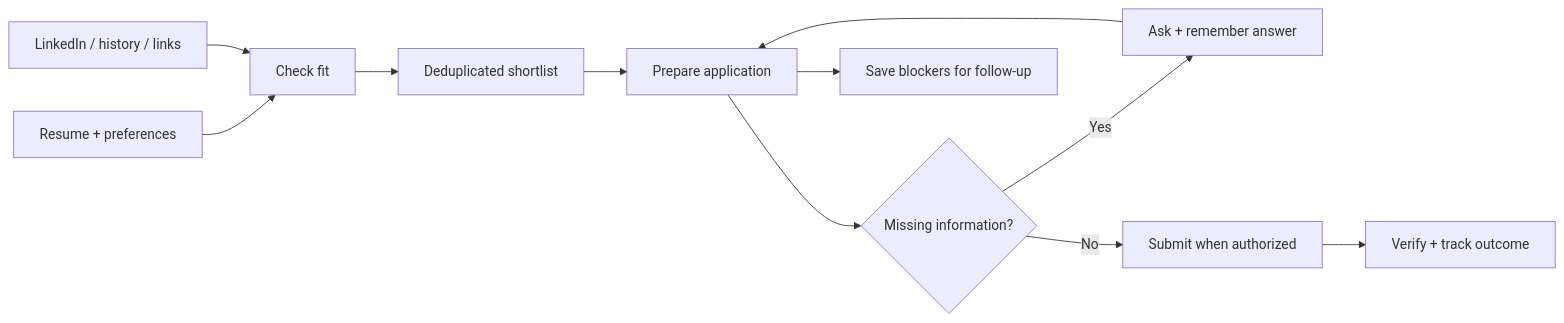
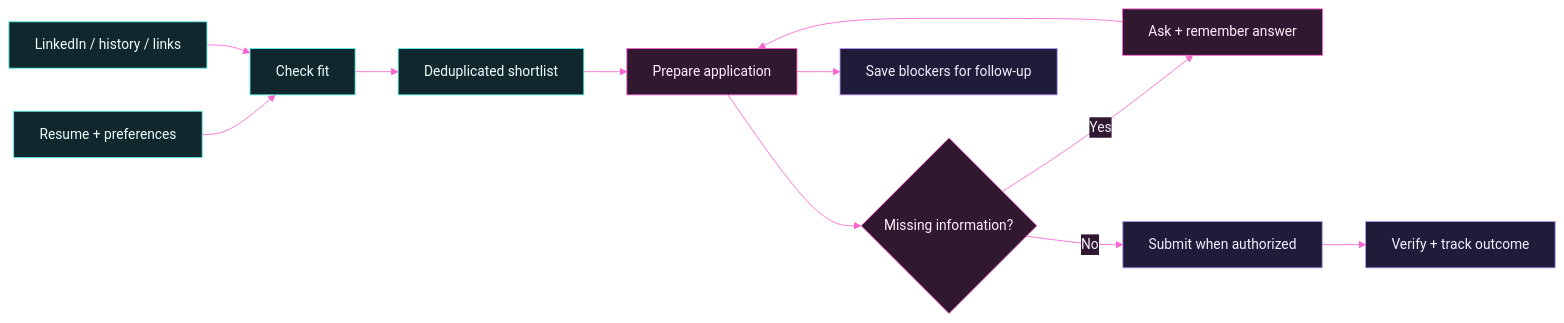
Before and after one commit to prakhar083/job-application-assistant: the diagram in README.md, drawn with Mermaid. The commit also changed other lines of this file, not shown here.

First line of the commit message:
Give README a neon cyberpunk anime theme

````diff
--- a/README.md
+++ b/README.md
@@ -107,13 +118,20 @@
 ```mermaid
+%%{init: {"theme":"base","themeVariables":{"primaryColor":"#17142d","primaryTextColor":"#f5efff","primaryBorderColor":"#5ef8ee","lineColor":"#fa65d0","secondaryColor":"#301831","tertiaryColor":"#111628","fontFamily":"monospace"}}}%%
 flowchart LR
     A[Resume + preferences] --> C[Check fit]
     B[LinkedIn / history / links] --> C
     C --> D[Deduplicated shortlist]
     D --> E[Prepare application]
     E --> F{Missing information?}
     F -->|Yes| G[Ask + remember answer]
     G --> E
     F -->|No| H[Submit when authorized]
     H --> I[Verify + track outcome]
     E --> J[Save blockers for follow-up]
+    classDef cyan fill:#10282d,stroke:#5ef8ee,color:#edfffd
+    classDef pink fill:#301831,stroke:#ff65d0,color:#fff0fb
+    classDef violet fill:#201b38,stroke:#b99aff,color:#f4efff
+    class A,B,C,D cyan
+    class E,F,G pink
+    class H,I,J violet
 ```
````
